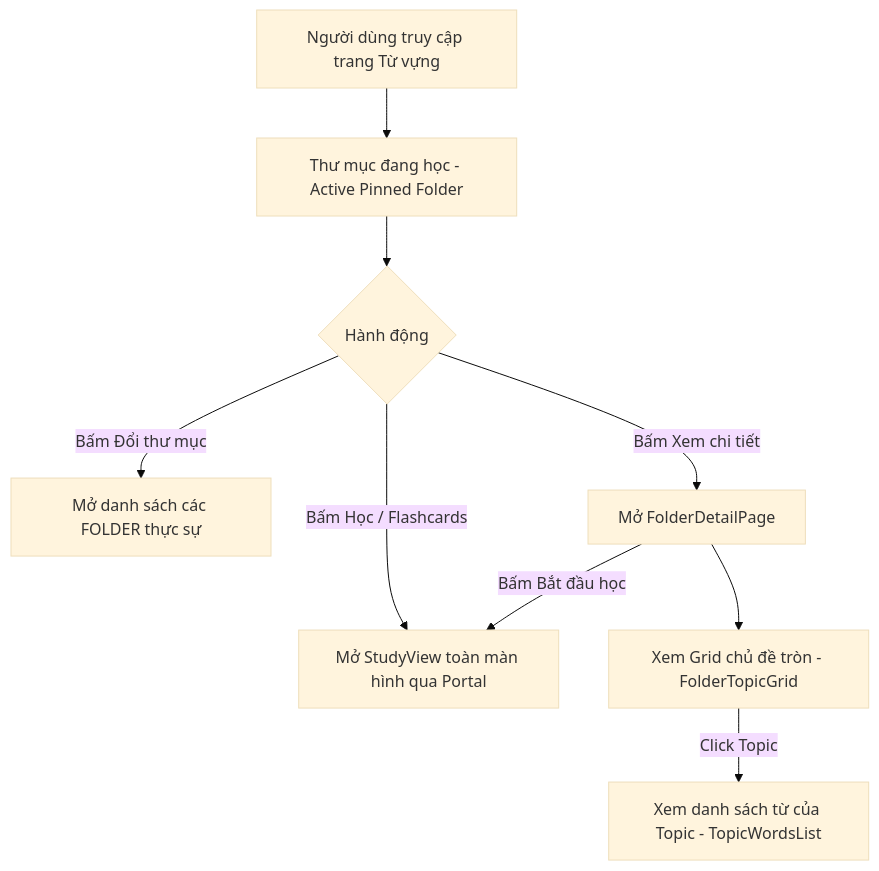
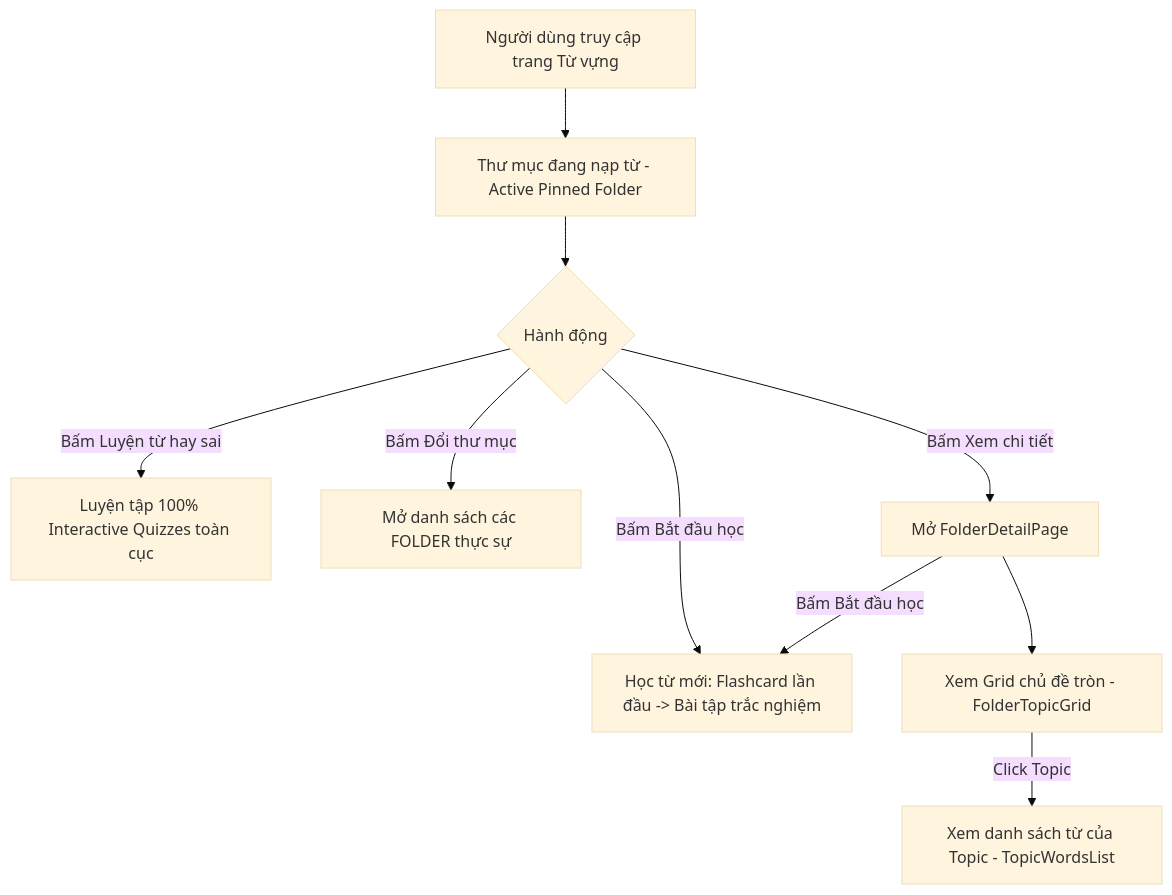
One commit to Youth-Garden/lumen-web changed the diagram in apps/web/src/features/vocabulary/ARCHITECTURE.md. Above: the diagram before and after it, drawn with Mermaid (base theme). The commit also changed other lines of this file and 76 other files, not shown here.

````diff
--- a/apps/web/src/features/vocabulary/ARCHITECTURE.md
+++ b/apps/web/src/features/vocabulary/ARCHITECTURE.md
@@ -33,11 +38,12 @@
 ```mermaid
 graph TD
-  A[Người dùng truy cập trang Từ vựng] --> B[Thư mục đang học - Active Pinned Folder]
+  A[Người dùng truy cập trang Từ vựng] --> B[Thư mục đang nạp từ - Active Pinned Folder]
   B --> C{Hành động}
-  C -->|Bấm Học / Flashcards| D[Mở StudyView toàn màn hình qua Portal]
-  C -->|Bấm Đổi thư mục| E[Mở danh sách các FOLDER thực sự]
-  C -->|Bấm Xem chi tiết| F[Mở FolderDetailPage]
-  F --> G[Xem Grid chủ đề tròn - FolderTopicGrid]
-  G -->|Click Topic| H[Xem danh sách từ của Topic - TopicWordsList]
-  F -->|Bấm Bắt đầu học| D
+  C -->|Bấm Bắt đầu học| D[Học từ mới: Flashcard lần đầu -> Bài tập trắc nghiệm]
+  C -->|Bấm Luyện từ hay sai| E[Luyện tập 100% Interactive Quizzes toàn cục]
+  C -->|Bấm Đổi thư mục| F[Mở danh sách các FOLDER thực sự]
+  C -->|Bấm Xem chi tiết| G[Mở FolderDetailPage]
+  G --> H[Xem Grid chủ đề tròn - FolderTopicGrid]
+  H -->|Click Topic| I[Xem danh sách từ của Topic - TopicWordsList]
+  G -->|Bấm Bắt đầu học| D
 ```
````
